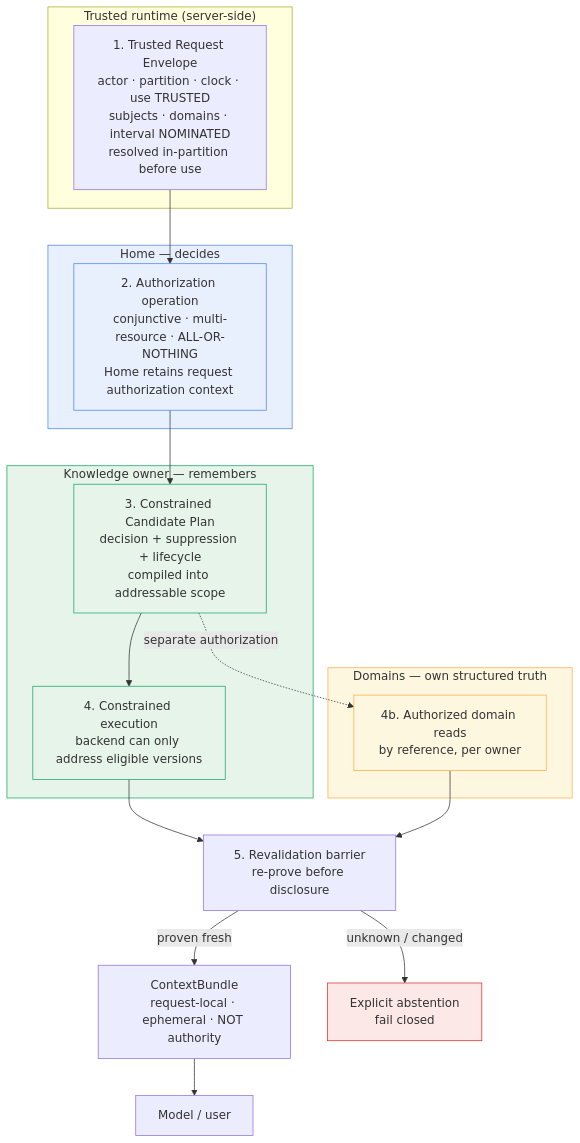
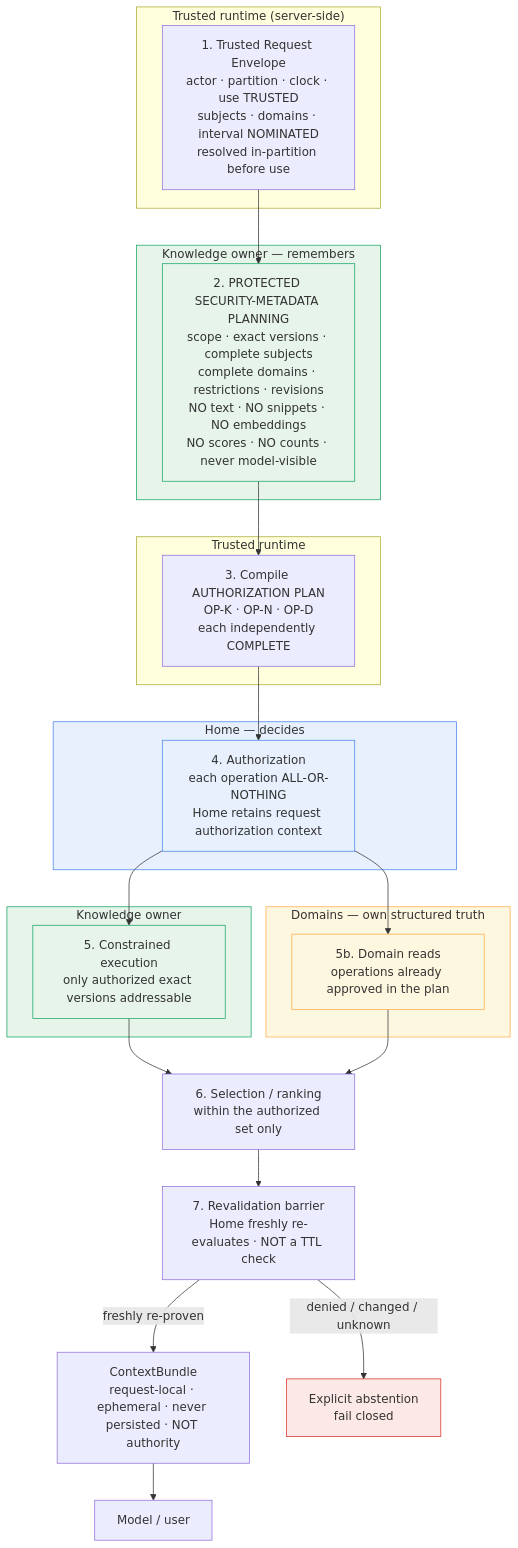
One commit to EKvargas/episteck_home changed the first of 3 diagrams in docs/architecture/proposals/KNOWLEDGE_B6_TRUSTED_RETRIEVAL.md. Above: the diagram before and after it, drawn with Mermaid. The commit also changed other lines of this file and 1 other file, not shown here.

First line of the commit message:
docs: accept Knowledge B6 trusted retrieval and close the architecture gate

````diff
--- a/docs/architecture/proposals/KNOWLEDGE_B6_TRUSTED_RETRIEVAL.md
+++ b/docs/architecture/proposals/KNOWLEDGE_B6_TRUSTED_RETRIEVAL.md
@@ -178,33 +201,41 @@
 ```mermaid
 flowchart TB
   subgraph T["Trusted runtime (server-side)"]
     ENV["1. Trusted Request Envelope<br/>actor · partition · clock · use TRUSTED<br/>subjects · domains · interval NOMINATED<br/>resolved in-partition before use"]
   end
+  subgraph K1["Knowledge owner — remembers"]
+    META["2. PROTECTED SECURITY-METADATA PLANNING<br/>scope · exact versions · complete subjects<br/>complete domains · restrictions · revisions<br/>NO text · NO snippets · NO embeddings<br/>NO scores · NO counts · never model-visible"]
+  end
+  subgraph T2["Trusted runtime"]
+    PLAN["3. Compile AUTHORIZATION PLAN<br/>OP-K · OP-N · OP-D<br/>each independently COMPLETE"]
+  end
   subgraph H["Home — decides"]
-    DEC["2. Authorization operation<br/>conjunctive · multi-resource · ALL-OR-NOTHING<br/>Home retains request authorization context"]
+    DEC["4. Authorization<br/>each operation ALL-OR-NOTHING<br/>Home retains request authorization context"]
   end
-  subgraph K["Knowledge owner — remembers"]
-    PLAN["3. Constrained Candidate Plan<br/>decision + suppression + lifecycle<br/>compiled into addressable scope"]
-    EXEC["4. Constrained execution<br/>backend can only address eligible versions"]
+  subgraph K2["Knowledge owner"]
+    EXEC["5. Constrained execution<br/>only authorized exact versions addressable"]
   end
   subgraph D["Domains — own structured truth"]
-    DOM["4b. Authorized domain reads<br/>by reference, per owner"]
+    DOM["5b. Domain reads<br/>operations already approved in the plan"]
   end
-  REVAL["5. Revalidation barrier<br/>re-prove before disclosure"]
-  CB["ContextBundle<br/>request-local · ephemeral · NOT authority"]
+  SEL["6. Selection / ranking<br/>within the authorized set only"]
+  REVAL["7. Revalidation barrier<br/>Home freshly re-evaluates · NOT a TTL check"]
+  CB["ContextBundle<br/>request-local · ephemeral · never persisted · NOT authority"]
   LLM["Model / user"]
 
-  ENV --> DEC --> PLAN --> EXEC --> REVAL
-  PLAN -. "separate authorization" .-> DOM --> REVAL
-  REVAL -->|proven fresh| CB --> LLM
-  REVAL -->|unknown / changed| ABST["Explicit abstention<br/>fail closed"]
+  ENV --> META --> PLAN --> DEC
+  DEC --> EXEC --> SEL
+  DEC --> DOM --> SEL
+  SEL --> REVAL
+  REVAL -->|freshly re-proven| CB --> LLM
+  REVAL -->|denied / changed / unknown| ABST["Explicit abstention<br/>fail closed"]
 
   classDef home fill:#e8f0fe,stroke:#4a86e8;
   classDef kn fill:#e6f4ea,stroke:#16a765;
   classDef dom fill:#fef7e0,stroke:#ffad47;
   classDef bad fill:#fce8e6,stroke:#d93025;
   class H,DEC home;
-  class K,PLAN,EXEC kn;
+  class K1,META,K2,EXEC kn;
   class D,DOM dom;
   class ABST bad;
 ```
````
